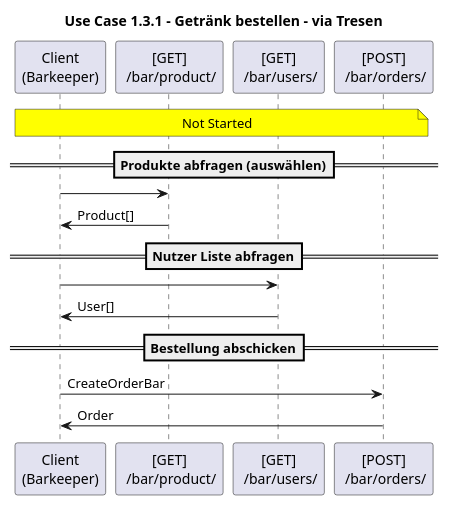
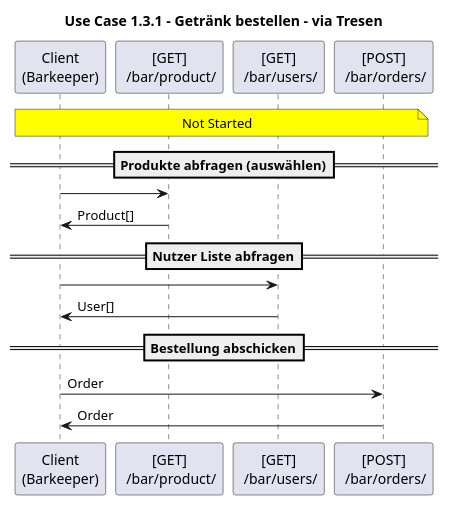
One commit to Mankianer/TresenSystem changed the sixth of 7 diagrams in docs/api-sequence-diagram/UseCase/Use-Case_1.puml. Above: the diagram before and after it, drawn with PlantUML. The commit also changed 7 other files, not shown here.

Commit message:
add get Orders from Barkeeper

```diff
--- a/docs/api-sequence-diagram/UseCase/Use-Case_1.puml
+++ b/docs/api-sequence-diagram/UseCase/Use-Case_1.puml
@@ -58,16 +58,16 @@
 @startuml
 title Use Case 1.3.1 - Getränk bestellen - via Tresen
 note across #yellow: Not Started
 
 ==Produkte abfragen (auswählen)==
 "Client\n(Barkeeper)" -> "[GET]\n /bar/product/":
 "Client\n(Barkeeper)" <- "[GET]\n /bar/product/": Product[]
 
 ==Nutzer Liste abfragen==
 "Client\n(Barkeeper)" -> "[GET]\n /bar/users/":
 "Client\n(Barkeeper)" <- "[GET]\n /bar/users/": User[]
 
 ==Bestellung abschicken==
-"Client\n(Barkeeper)" -> "[POST]\n /bar/orders/": CreateOrderBar
+"Client\n(Barkeeper)" -> "[POST]\n /bar/orders/": Order
 "Client\n(Barkeeper)" <- "[POST]\n /bar/orders/": Order
 @enduml
```
